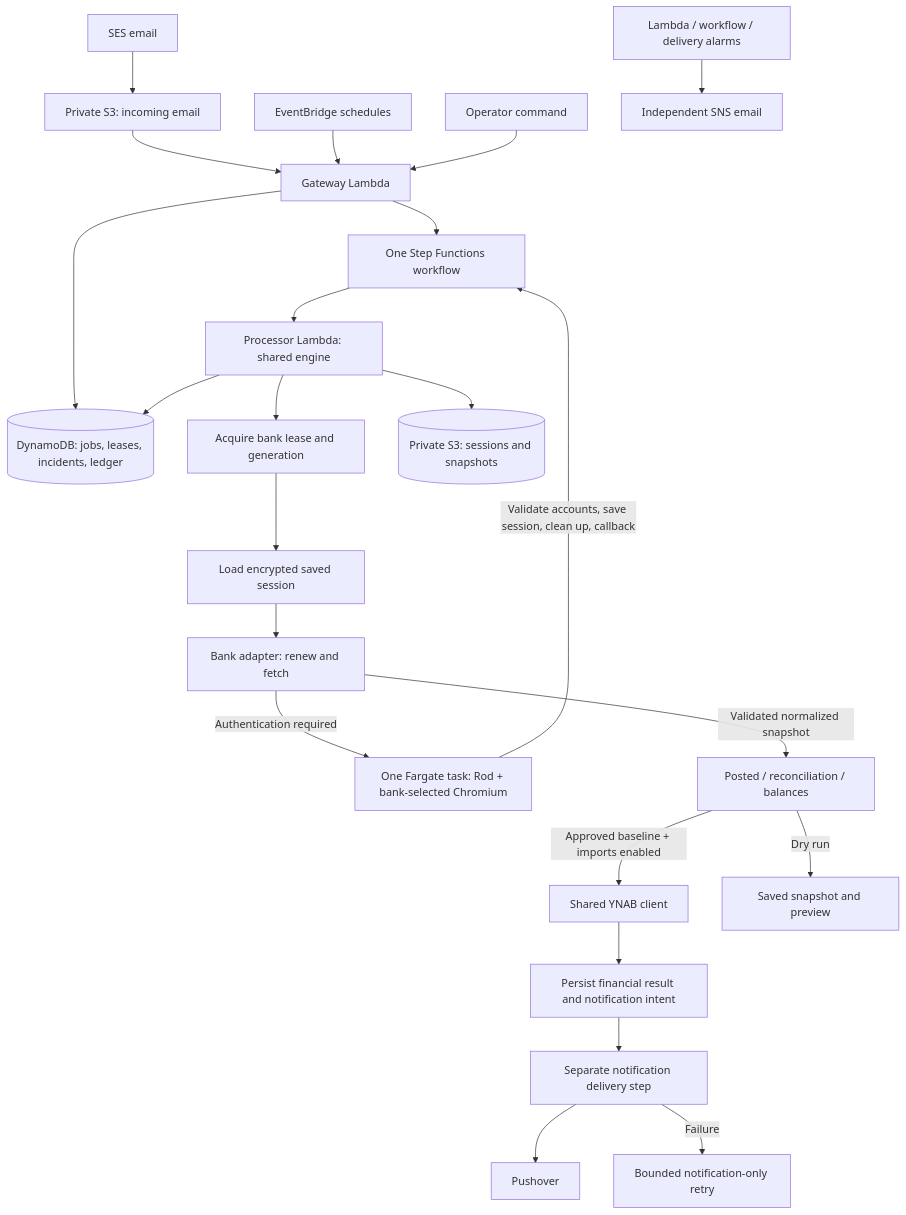
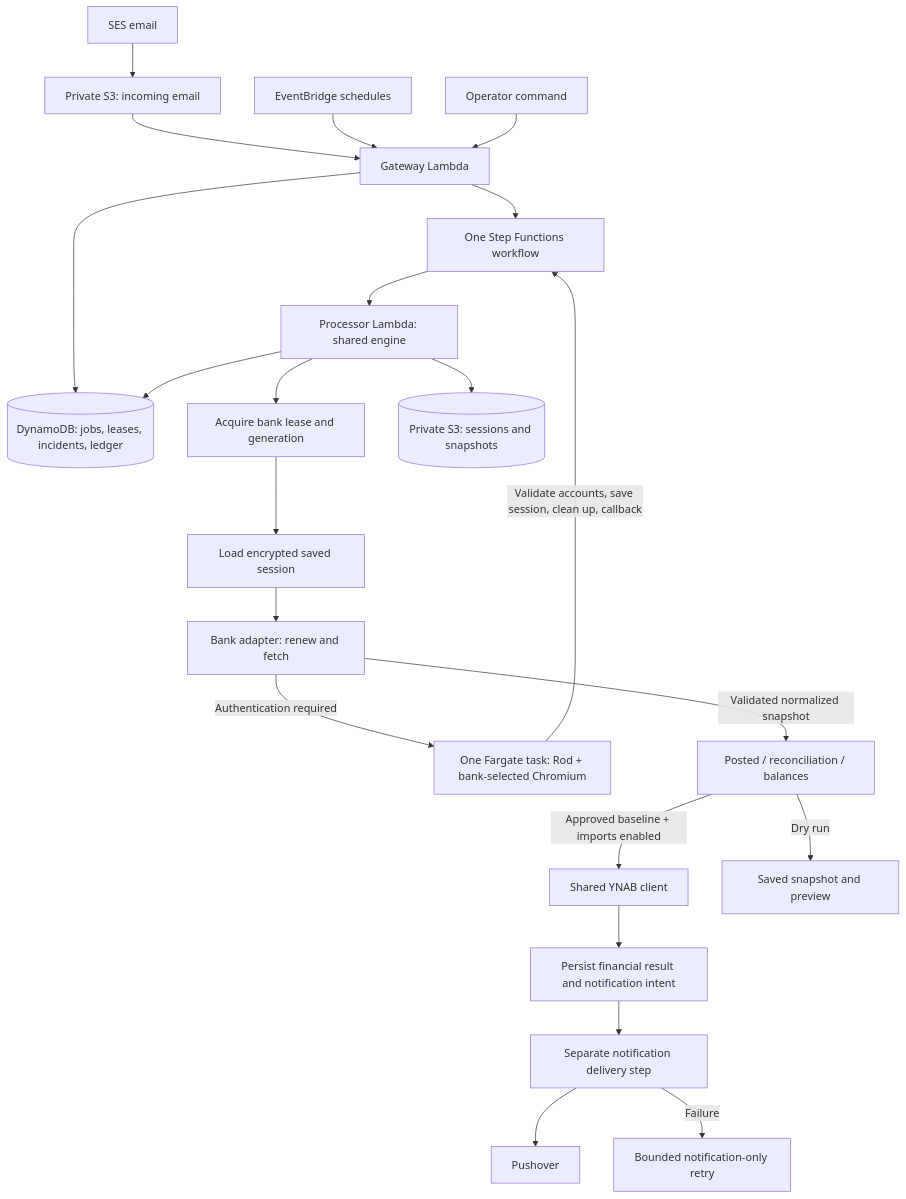
One commit to nathanfredericks/transactions changed the diagram in README.md. Above: the diagram before and after it, drawn with Mermaid. The commit also changed other lines of this file and 3 other files, not shown here.

````diff
--- a/README.md
+++ b/README.md
@@ -5,25 +5,24 @@
 ```mermaid
 flowchart TD
   Email[SES email] --> S3[Private S3: incoming email]
   S3 --> Gateway[Gateway Lambda]
   Schedule[EventBridge schedules] --> Gateway
   Operator[Operator command] --> Gateway
   Gateway --> State[(DynamoDB: jobs, leases, incidents, ledger)]
   Gateway --> Workflow[One Step Functions workflow]
   Workflow --> Engine[Processor Lambda: shared engine]
   Engine --> Lease[Acquire bank lease and generation]
   Lease --> Session[Load encrypted saved session]
   Session --> Adapter[Bank adapter: renew and fetch]
   Adapter -->|Authentication required| Browser[One Fargate task: Rod + bank-selected Chromium]
   Browser -->|Validate accounts, save session, clean up, callback| Workflow
   Adapter -->|Validated normalized snapshot| Strategy[Posted / reconciliation / balances]
   Strategy -->|Approved baseline + imports enabled| YNAB[Shared YNAB client]
   Strategy -->|Dry run| Preview[Saved snapshot and preview]
   Engine --> State
   Engine --> Private[(Private S3: sessions and snapshots)]
   YNAB --> Intent[Persist financial result and notification intent]
   Intent --> Delivery[Separate notification delivery step]
   Delivery --> Pushover[Pushover]
   Delivery -->|Failure| Retry[Bounded notification-only retry]
-  AWS[Lambda / workflow / delivery alarms] --> SNS[Independent SNS email]
 ```
````
